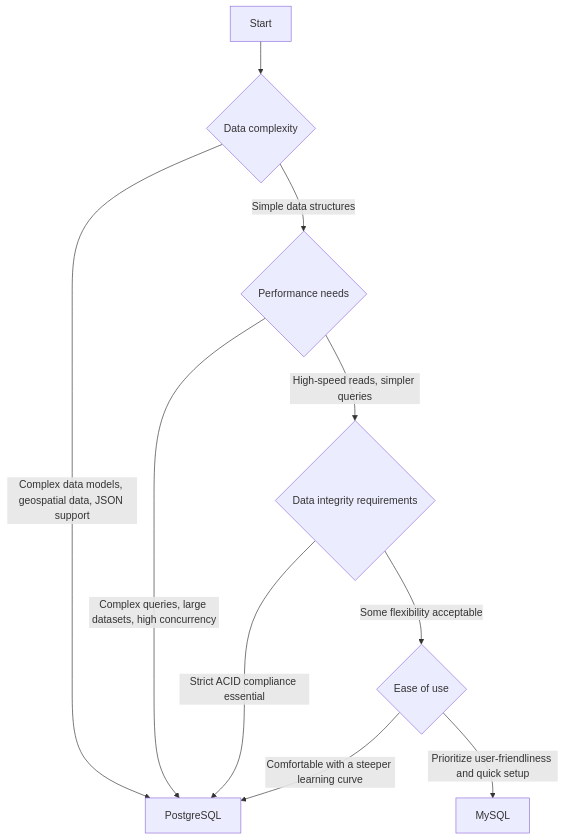
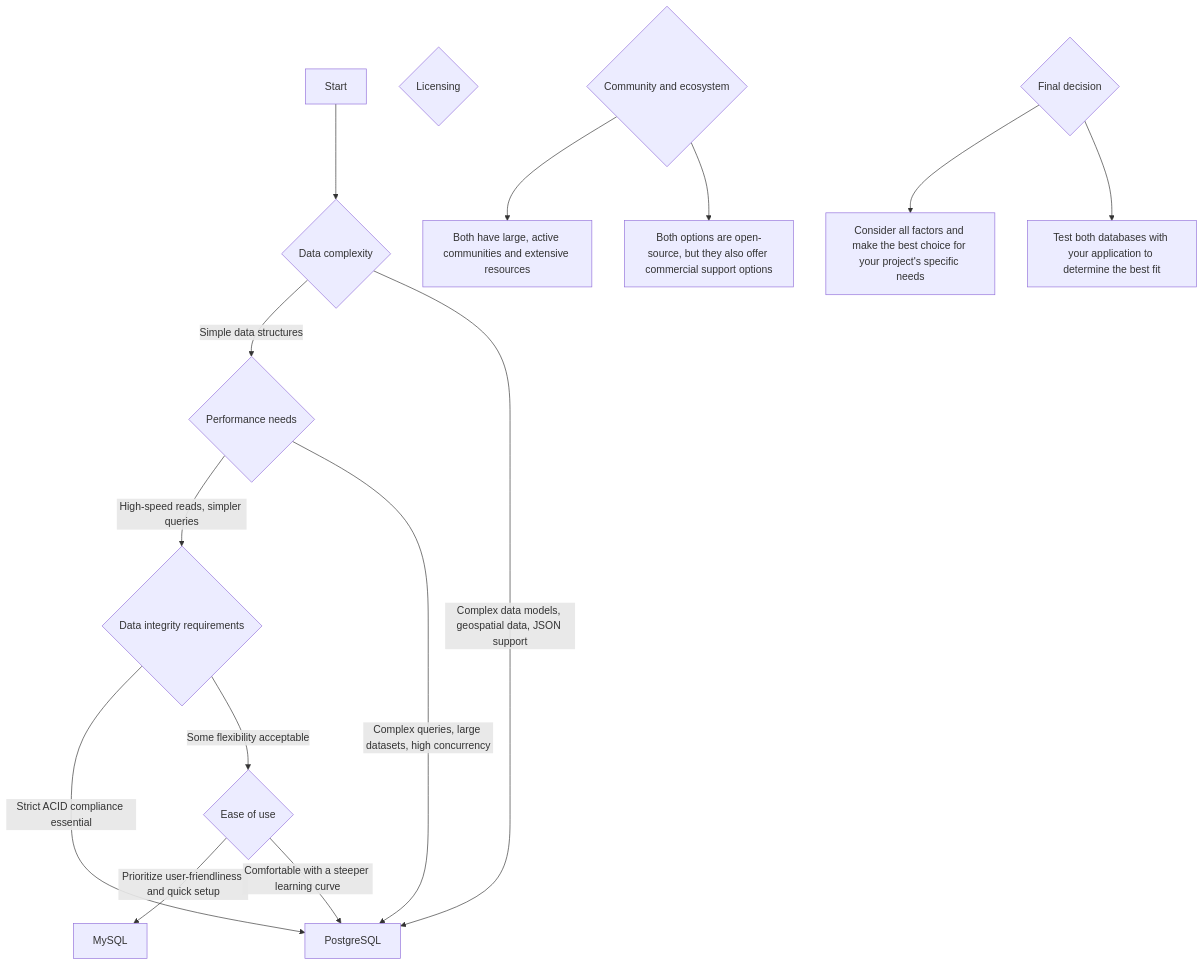
Before and after one commit to fortran01/giste: the diagram in decision_tree_psql_vs_mysql.md, drawn with Mermaid. The commit also changed other lines of this file, not shown here.

Commit message:
Add decision factors and recommendations to decision_tree_psql_vs_mysql.md

````diff
--- a/decision_tree_psql_vs_mysql.md
+++ b/decision_tree_psql_vs_mysql.md
@@ -3,20 +3,31 @@
 ```mermaid
 graph TD
     A[Start]
     B{Data complexity}
     C{Performance needs}
     D{Data integrity requirements}
     E{Ease of use}
+    F{Licensing}
+    G{Community and ecosystem}
+    H{Final decision}
     I[PostgreSQL]
     J[MySQL]
-
+    L[Both have large, active communities and extensive resources]
+    M[Consider all factors and make the best choice for your project's specific needs]
+    N[Test both databases with your application to determine the best fit]
+    O[Both options are open-source, but they also offer commercial support options]
+    
     A --> B
     B -->|Simple data structures| C
     B -->|Complex data models, geospatial data, JSON support| I
     C -->|High-speed reads, simpler queries| D
     C -->|Complex queries, large datasets, high concurrency| I
     D -->|Strict ACID compliance essential| I
     D -->|Some flexibility acceptable| E
     E -->|Prioritize user-friendliness and quick setup| J
     E -->|Comfortable with a steeper learning curve| I
+    G --> L
+    G --> O
+    H --> M
+    H --> N
 ```
````
